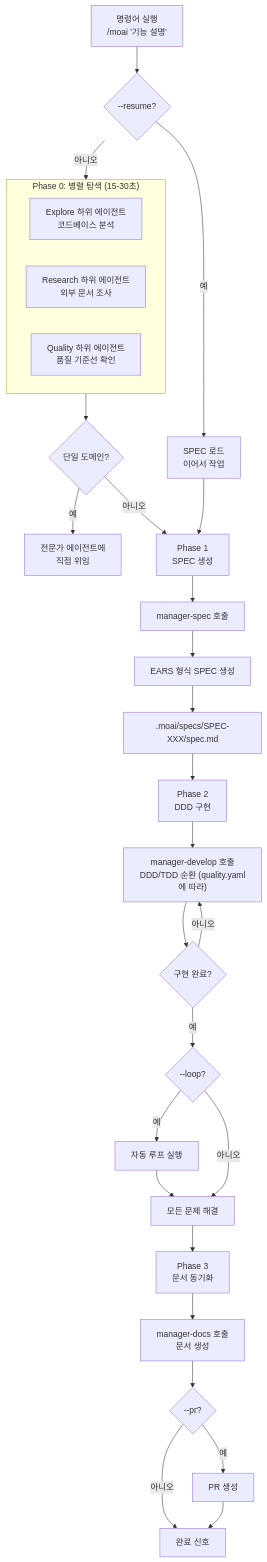
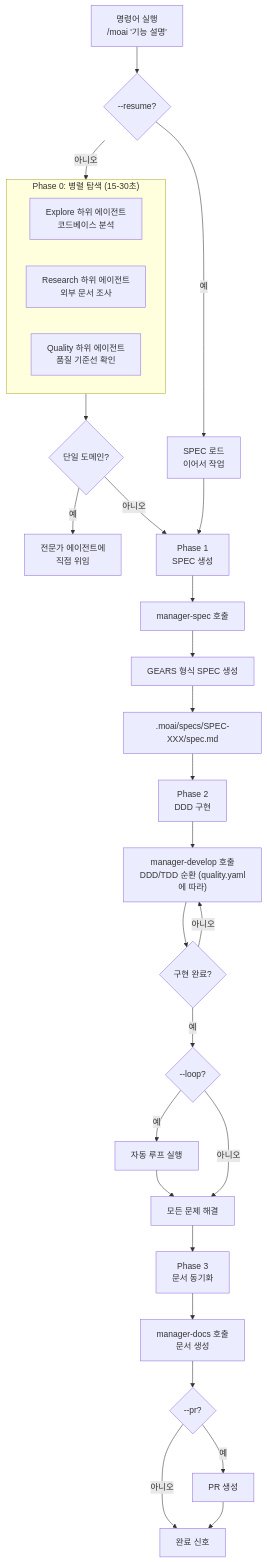
One commit to modu-ai/moai-adk changed the diagram in docs-site/content/ko/utility-commands/moai.md. Above: the diagram before and after it, drawn with Mermaid. The commit also changed other lines of this file and 180 other files, not shown here.

````diff
--- a/docs-site/content/ko/utility-commands/moai.md
+++ b/docs-site/content/ko/utility-commands/moai.md
@@ -119,40 +121,40 @@
 ```mermaid
 flowchart TD
     A["명령어 실행<br/>/moai '기능 설명'"] --> B{--resume?}
     B -->|예| C["SPEC 로드<br/>이어서 작업"]
     B -->|아니오| D["Phase 0<br/>병렬 탐색"]
 
     subgraph D["Phase 0: 병렬 탐색 (15-30초)"]
         D1["Explore 하위 에이전트<br/>코드베이스 분석"]
         D2["Research 하위 에이전트<br/>외부 문서 조사"]
         D3["Quality 하위 에이전트<br/>품질 기준선 확인"]
     end
 
     D --> E{"단일 도메인?"}
     E -->|예| F["전문가 에이전트에<br/>직접 위임"]
     E -->|아니오| G["Phase 1 계속"]
 
     C --> G["Phase 1<br/>SPEC 생성"]
     G --> H["manager-spec 호출"]
-    H --> I["EARS 형식 SPEC 생성"]
+    H --> I["GEARS 형식 SPEC 생성"]
     I --> J[".moai/specs/SPEC-XXX/spec.md"]
 
     J --> K["Phase 2<br/>DDD 구현"]
 
     K --> L["manager-develop 호출<br/>DDD/TDD 순환 (quality.yaml에 따라)"]
     L --> M{"구현 완료?"}
     M -->|아니오| L
     M -->|예| N{"--loop?"}
 
     N -->|예| O["자동 루프 실행"]
     O --> P["모든 문제 해결"]
     N -->|아니오| P
 
     P --> Q["Phase 3<br/>문서 동기화"]
 
     Q --> R["manager-docs 호출<br/>문서 생성"]
     R --> S{"--pr?"}
     S -->|예| T["PR 생성"]
     S -->|아니오| U["완료 신호"]
     T --> U
 ```
````
